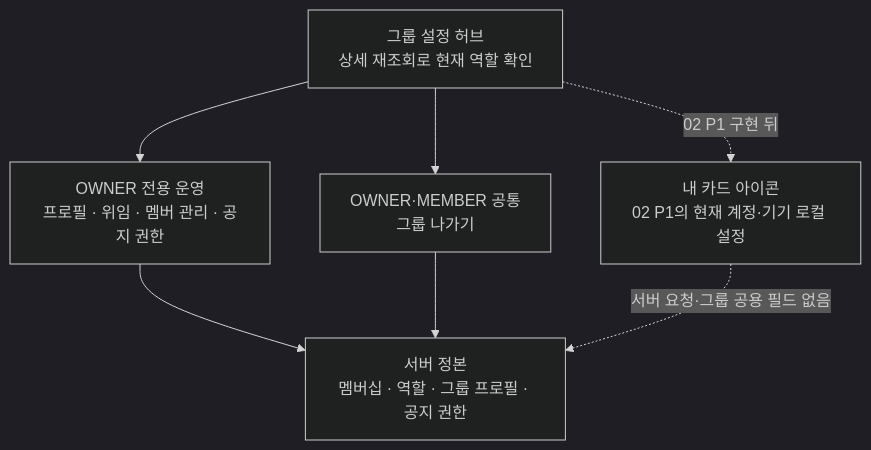
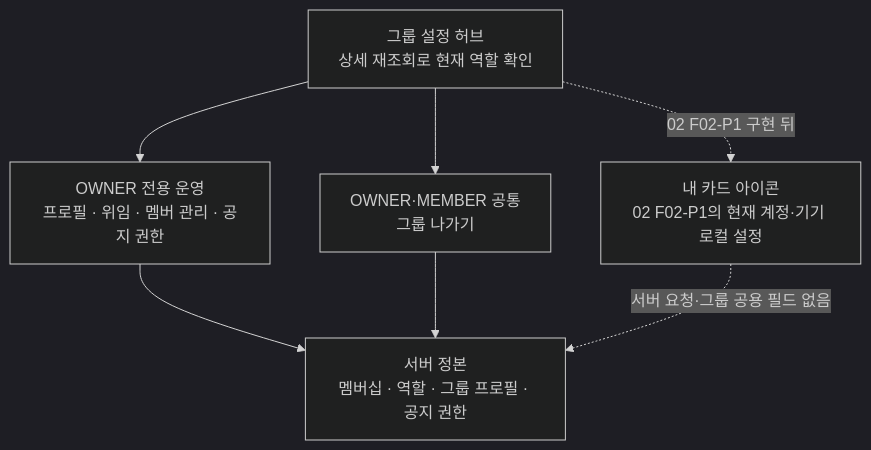
One commit to OneOrThree/phone changed the first of 3 diagrams in docs/prd/group/features/04-operation/high-level-design.md. Above: the diagram before and after it, drawn with Mermaid (dark theme). The commit also changed other lines of this file and 21 other files, not shown here.

````diff
--- a/docs/prd/group/features/04-operation/high-level-design.md
+++ b/docs/prd/group/features/04-operation/high-level-design.md
@@ -14,15 +15,15 @@
 ```mermaid
 flowchart TB
     Hub["그룹 설정 허브\n상세 재조회로 현재 역할 확인"]
-    Local["내 카드 아이콘\n02 P1의 현재 계정·기기 로컬 설정"]
+    Local["내 카드 아이콘\n02 F02-P1의 현재 계정·기기 로컬 설정"]
     Owner["OWNER 전용 운영\n프로필 · 위임 · 멤버 관리 · 공지 권한"]
     Leave["OWNER·MEMBER 공통\n그룹 나가기"]
     Server["서버 정본\n멤버십 · 역할 · 그룹 프로필 · 공지 권한"]
 
-    Hub -.->|"02 P1 구현 뒤"| Local
+    Hub -.->|"02 F02-P1 구현 뒤"| Local
     Hub --> Owner
     Hub --> Leave
     Owner --> Server
     Leave --> Server
     Local -.->|"서버 요청·그룹 공용 필드 없음"| Server
 ```
````
